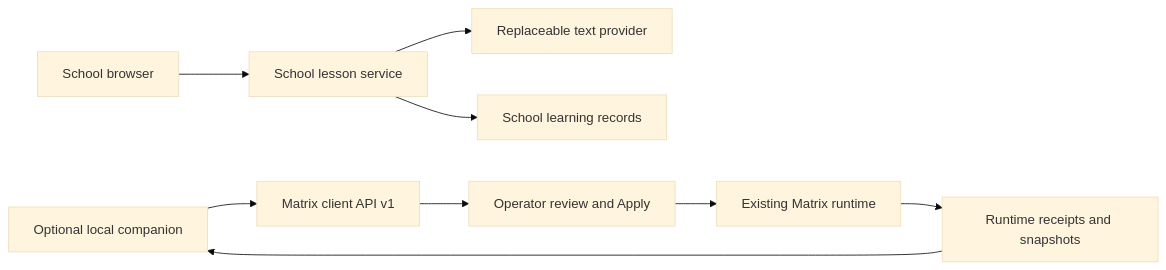
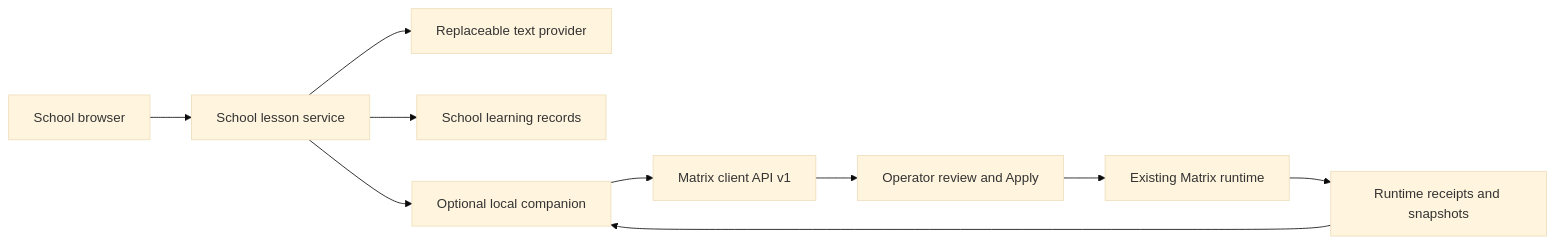
Before and after one commit to School-of-the-Ancients/school-of-the-ancients: the diagram in README.md, drawn with Mermaid (base theme). The commit also changed other lines of this file and 23 other files, not shown here.

Commit message:
Connect prepared School exhibits to reviewed Matrix placement

````diff
--- a/README.md
+++ b/README.md
@@ -53,11 +53,12 @@
 ```mermaid
 flowchart LR
   UI[School browser] --> School[School lesson service]
   School --> Model[Replaceable text provider]
   School --> Records[School learning records]
-  Client[Optional local companion] --> API[Matrix client API v1]
+  School --> Client[Optional local companion]
+  Client --> API[Matrix client API v1]
   API --> Review[Operator review and Apply]
   Review --> Runtime[Existing Matrix runtime]
   Runtime --> Evidence[Runtime receipts and snapshots]
   Evidence --> Client
 ```
````
